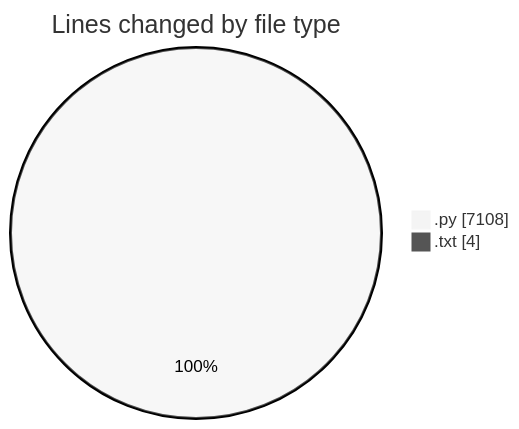
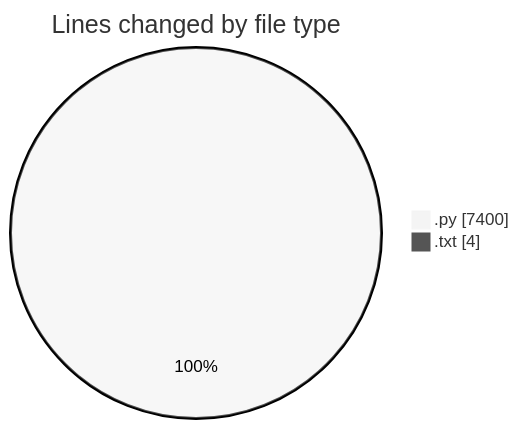
One commit to CELIANVF/code-tracking changed the first of 2 diagrams in 2025-06-01/video_app/README.md. Above: the diagram before and after it, drawn with Mermaid (neutral theme). The commit also changed other lines of this file and 1 other file, not shown here.

````diff
--- a/2025-06-01/video_app/README.md
+++ b/2025-06-01/video_app/README.md
@@ -29,6 +29,6 @@
 ```mermaid
 pie showData
 title Lines changed by file type
-".py" : 7108
+".py" : 7400
 ".txt" : 4
 ```
````
